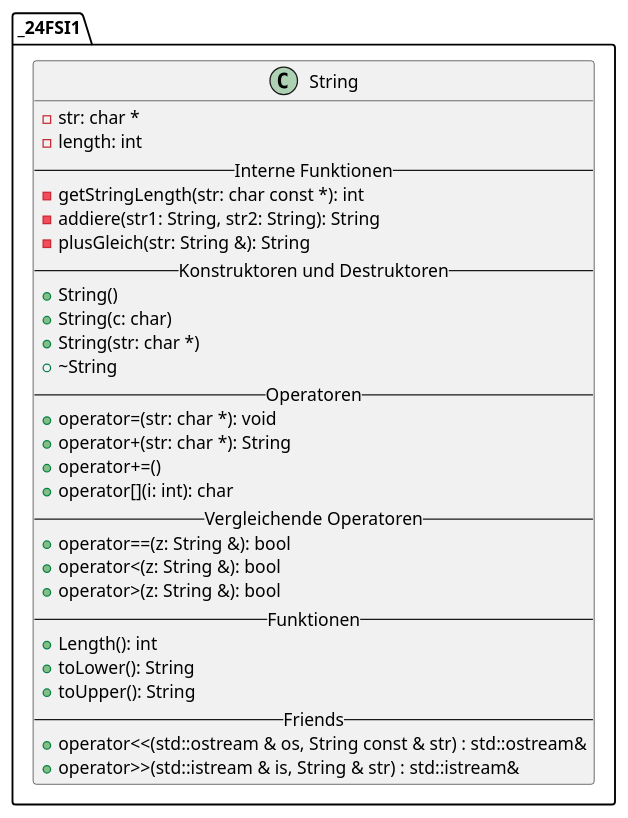
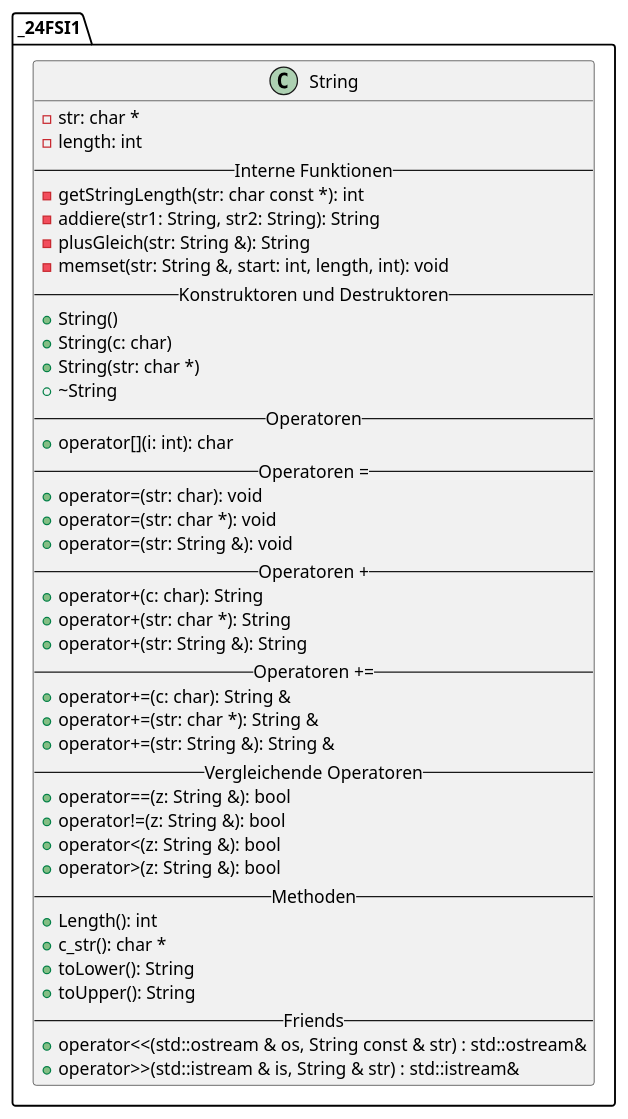
Before and after one commit to CarosCave/EigeneStrings: the diagram in String.puml, drawn with PlantUML. The commit also changed 6 other files, not shown here.

```diff
--- a/String.puml
+++ b/String.puml
@@ -1,35 +1,46 @@
 @startuml
 'https://plantuml.com/class-diagram
 set namespaceSeparator ::
 class _24FSI1::String {
 -str: char *
 -length: int
 -- Interne Funktionen --
 -getStringLength(str: char const *): int
 -addiere(str1: String, str2: String): String
 -plusGleich(str: String &): String
+-memset(str: String &, start: int, length, int): void
 -- Konstruktoren und Destruktoren --
 +String()
 +String(c: char)
 +String(str: char *)
 +~String
 -- Operatoren --
++operator[](i: int): char
+-- Operatoren = --
++operator=(str: char): void
 +operator=(str: char *): void
++operator=(str: String &): void
+-- Operatoren + --
++operator+(c: char): String
 +operator+(str: char *): String
-+operator+=()
-+operator[](i: int): char
++operator+(str: String &): String
+-- Operatoren += --
++operator+=(c: char): String &
++operator+=(str: char *): String &
++operator+=(str: String &): String &
 -- Vergleichende Operatoren --
 +operator==(z: String &): bool
++operator!=(z: String &): bool
 +operator<(z: String &): bool
 +operator>(z: String &): bool
--- Funktionen --
+-- Methoden --
 +Length(): int
++c_str(): char *
 +toLower(): String
 +toUpper(): String
 -- Friends --
 +operator<<(std::ostream & os, String const & str) : std::ostream&
 +operator>>(std::istream & is, String & str) : std::istream&
 }
-
 }
 @enduml
```
